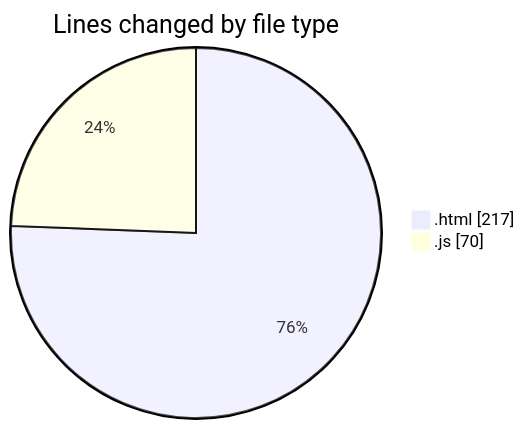
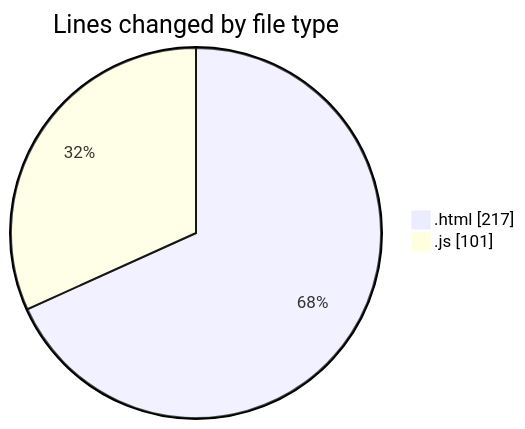
One commit to nxtqubesakshisongat/code-tracking changed the first of 2 diagrams in 2025-10-25/javacript/README.md. Above: the diagram before and after it, drawn with Mermaid. The commit also changed other lines of this file and 1 other file, not shown here.

````diff
--- a/2025-10-25/javacript/README.md
+++ b/2025-10-25/javacript/README.md
@@ -22,6 +22,6 @@
 ```mermaid
 pie showData
 title Lines changed by file type
 ".html" : 217
-".js" : 70
+".js" : 101
 ```
````
